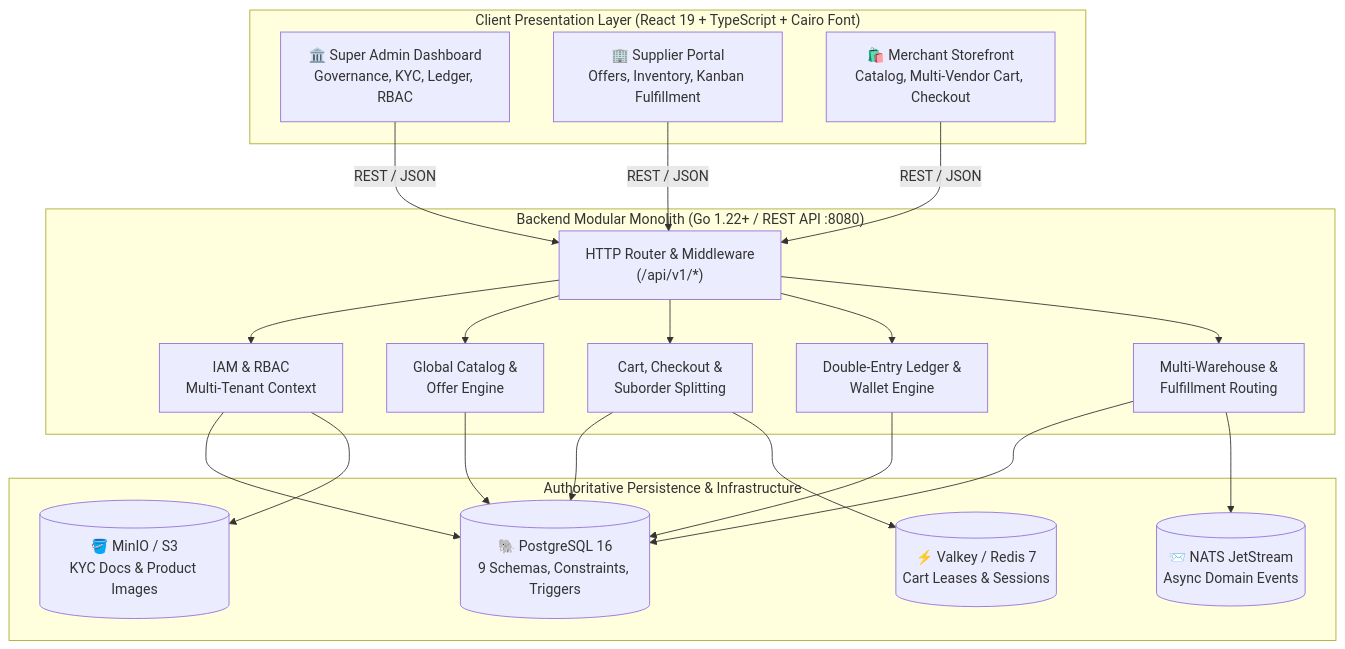
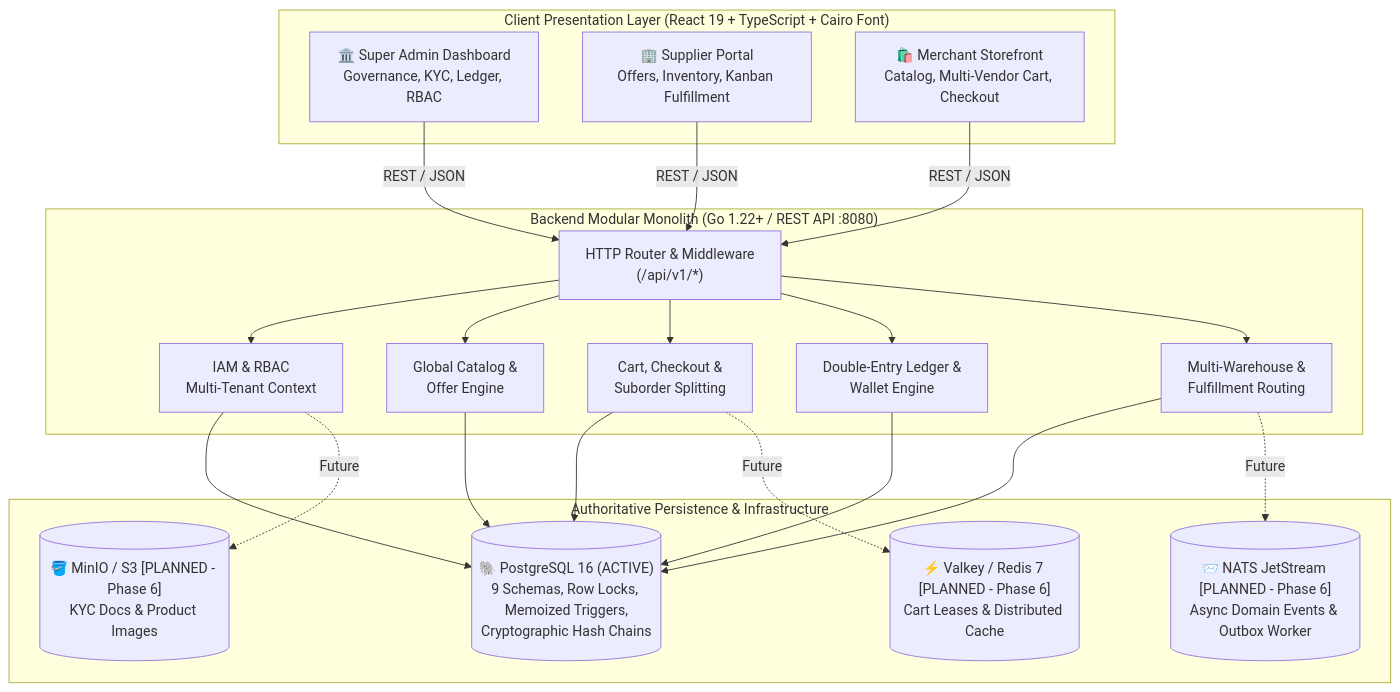
The diagram in README.md (yusufharb/matbakhy), drawn with Mermaid before and after one commit. The commit also changed other lines of this file and 2 other files, not shown here.

Commit message:
docs: complete Stage D - honesty cleanup aligning claims with implemented code

````diff
--- a/README.md
+++ b/README.md
@@ -31,44 +31,44 @@
 ```mermaid
 flowchart TD
     subgraph ClientLayer ["Client Presentation Layer (React 19 + TypeScript + Cairo Font)"]
         AdminPortal["🏛️ Super Admin Dashboard<br/>Governance, KYC, Ledger, RBAC"]
         SupplierPortal["🏢 Supplier Portal<br/>Offers, Inventory, Kanban Fulfillment"]
         Storefront["🛍️ Merchant Storefront<br/>Catalog, Multi-Vendor Cart, Checkout"]
     end
 
     subgraph APILayer ["Backend Modular Monolith (Go 1.22+ / REST API :8080)"]
         Router["HTTP Router & Middleware<br/>(/api/v1/*)"]
         AuthMod["IAM & RBAC<br/>Multi-Tenant Context"]
         CatMod["Global Catalog &<br/>Offer Engine"]
         OrderMod["Cart, Checkout &<br/>Suborder Splitting"]
         LedgerMod["Double-Entry Ledger &<br/>Wallet Engine"]
         FulfillMod["Multi-Warehouse &<br/>Fulfillment Routing"]
     end
 
     subgraph DataLayer ["Authoritative Persistence & Infrastructure"]
-        Postgres[("🐘 PostgreSQL 16<br/>9 Schemas, Constraints, Triggers")]
-        Redis[("⚡ Valkey / Redis 7<br/>Cart Leases & Sessions")]
-        NATS[("📨 NATS JetStream<br/>Async Domain Events")]
-        MinIO[("🪣 MinIO / S3<br/>KYC Docs & Product Images")]
+        Postgres[("🐘 PostgreSQL 16 (ACTIVE)<br/>9 Schemas, Row Locks, Memoized Triggers,<br/>Cryptographic Hash Chains")]
+        Redis[("⚡ Valkey / Redis 7 [PLANNED - Phase 6]<br/>Cart Leases & Distributed Cache")]
+        NATS[("📨 NATS JetStream [PLANNED - Phase 6]<br/>Async Domain Events & Outbox Worker")]
+        MinIO[("🪣 MinIO / S3 [PLANNED - Phase 6]<br/>KYC Docs & Product Images")]
     end
 
     AdminPortal -->|REST / JSON| Router
     SupplierPortal -->|REST / JSON| Router
     Storefront -->|REST / JSON| Router
 
     Router --> AuthMod
     Router --> CatMod
     Router --> OrderMod
     Router --> LedgerMod
     Router --> FulfillMod
 
     AuthMod --> Postgres
     CatMod --> Postgres
     OrderMod --> Postgres
     LedgerMod --> Postgres
     FulfillMod --> Postgres
 
-    OrderMod --> Redis
-    FulfillMod --> NATS
-    AuthMod --> MinIO
+    OrderMod -.->|Future| Redis
+    FulfillMod -.->|Future| NATS
+    AuthMod -.->|Future| MinIO
 ```
````
